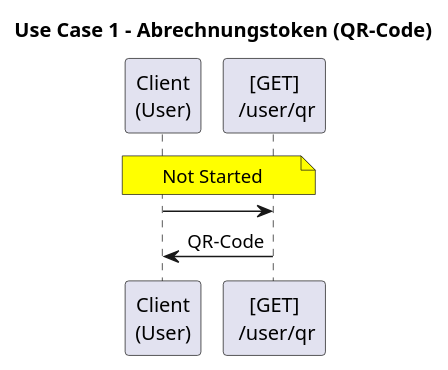
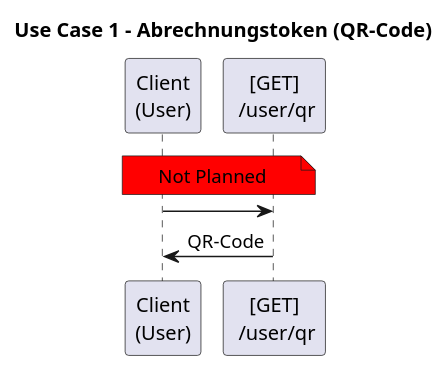
The second of 7 diagrams in docs/api-sequence-diagram/UseCase/Use-Case_1.puml (Mankianer/TresenSystem), drawn with PlantUML before and after one commit.

```diff
--- a/docs/api-sequence-diagram/UseCase/Use-Case_1.puml
+++ b/docs/api-sequence-diagram/UseCase/Use-Case_1.puml
@@ -12,7 +12,7 @@
 @startuml
 title Use Case 1 - Abrechnungstoken (QR-Code)
-note across #yellow: Not Started
+note across #red: Not Planned
 
 "Client\n(User)" -> "[GET]\n /user/qr":
 "Client\n(User)" <- "[GET]\n /user/qr": QR-Code
 @enduml
```
